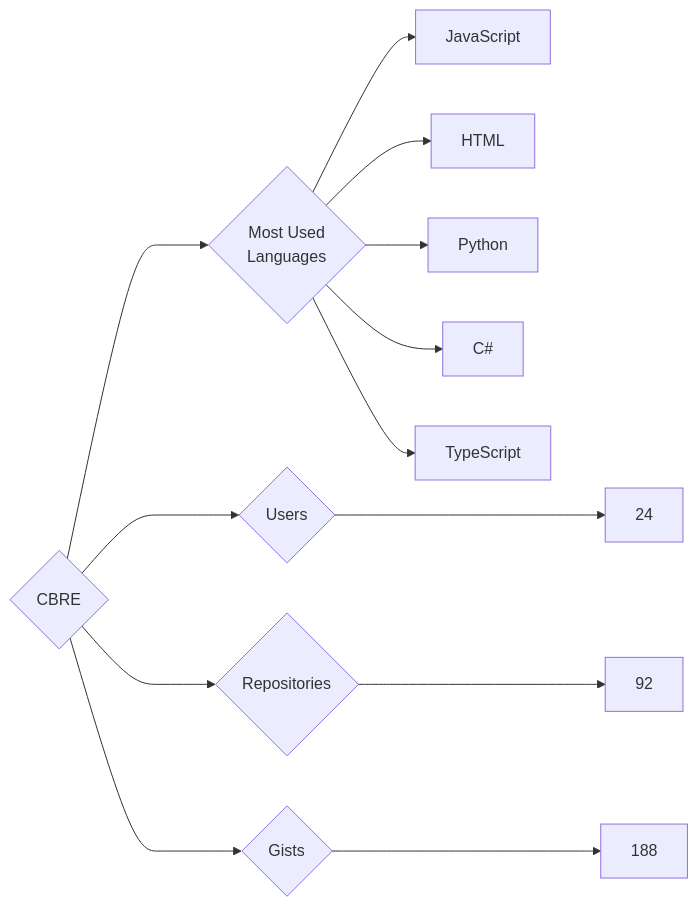
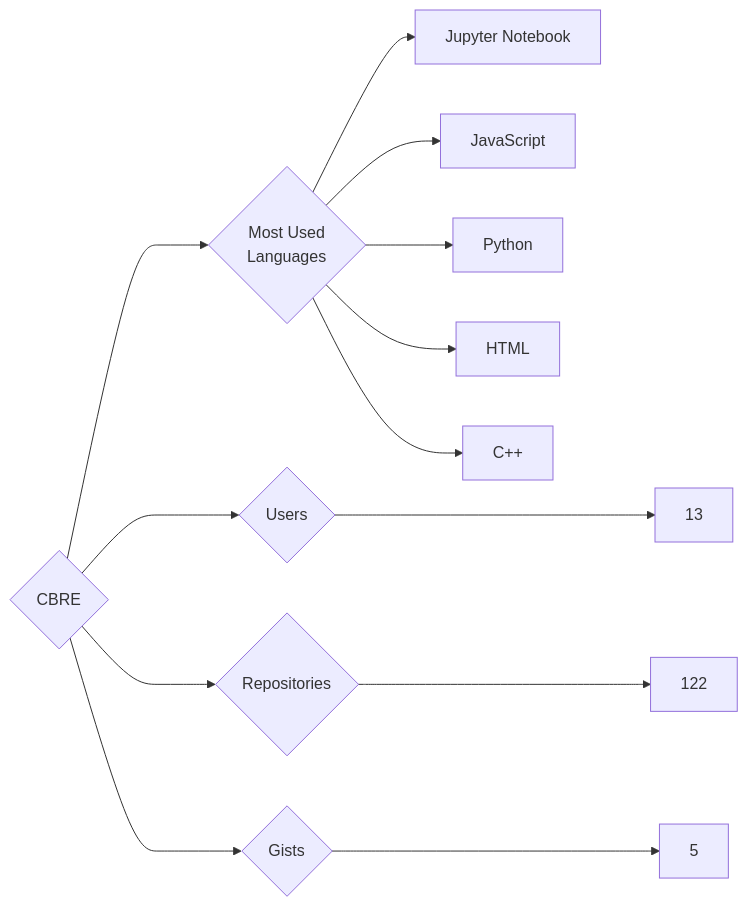
One commit to trickest/insiders changed the diagram in targets/CBRE/README.md. Above: the diagram before and after it, drawn with Mermaid. The commit also changed 693 other files, not shown here.

````diff
--- a/targets/CBRE/README.md
+++ b/targets/CBRE/README.md
@@ -3,13 +3,13 @@
 ```mermaid
 graph LR
 COMPANY_NAME{CBRE}
-COMPANY_NAME ---> U{Users} ---> UN[24]
-COMPANY_NAME ---> R{Repositories} ---> RN[92]
-COMPANY_NAME ---> G{Gists} ---> GN[188]
+COMPANY_NAME ---> U{Users} ---> UN[13]
+COMPANY_NAME ---> R{Repositories} ---> RN[122]
+COMPANY_NAME ---> G{Gists} ---> GN[5]
 COMPANY_NAME ---> ML{Most Used<br>Languages}
+ML --> Jupyter_Notebook[Jupyter Notebook]
 ML --> JavaScript[JavaScript]
+ML --> Python[Python]
 ML --> HTML[HTML]
-ML --> Python[Python]
-ML --> C#[C#]
-ML --> TypeScript[TypeScript]
+ML --> C++[C++]
 ```
````
